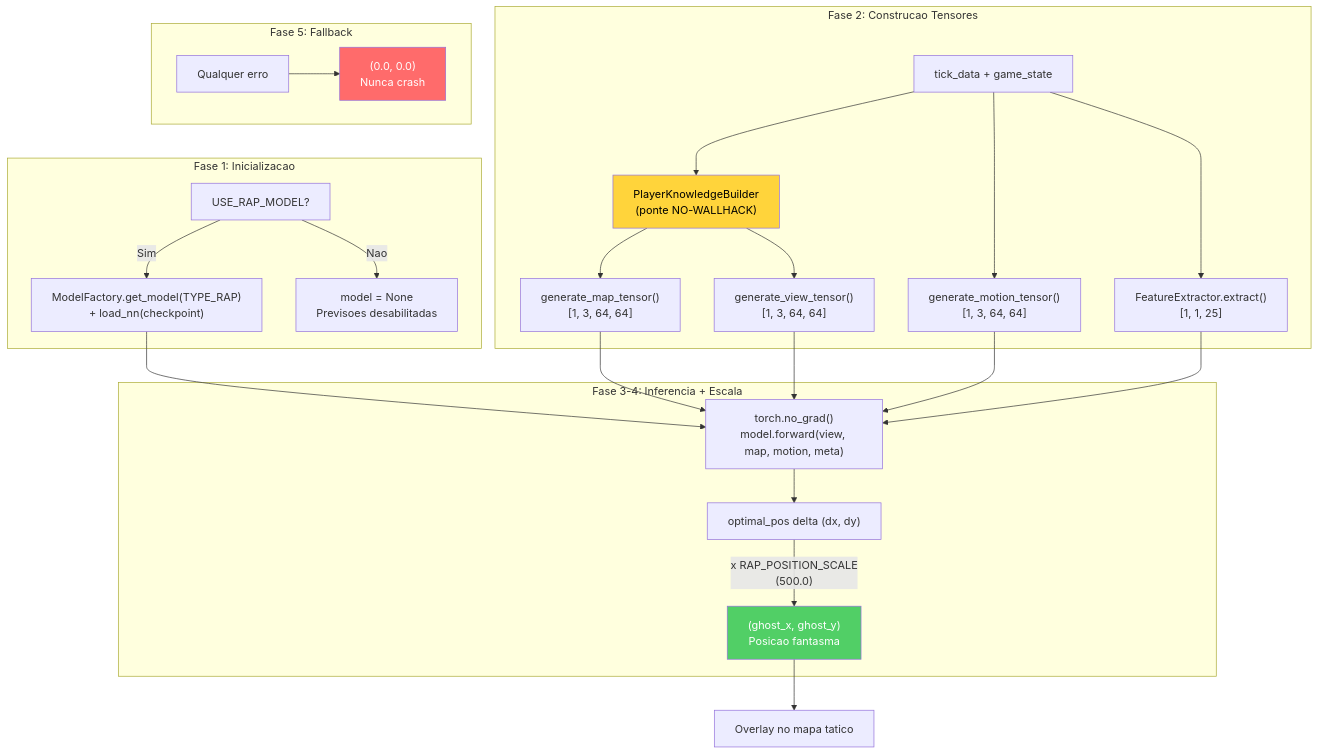
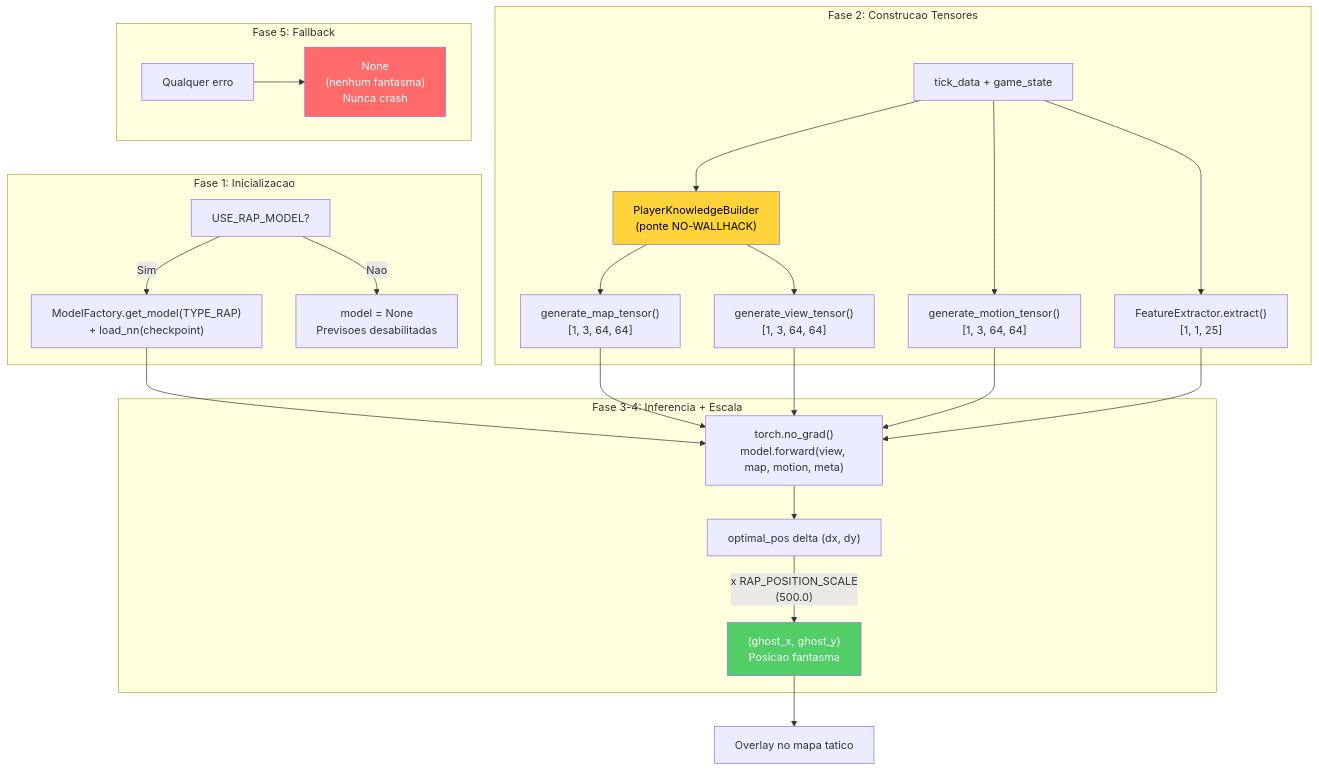
Before and after one commit to renanaugustomacena-ux/Counter-Strike-coach-AI: diagram 11 of 16 in docs/books/Book-Coach-1B-pt.md, drawn with Mermaid. The commit also changed other lines of this file and 36 other files, not shown here.

````diff
--- a/docs/books/Book-Coach-1B-pt.md
+++ b/docs/books/Book-Coach-1B-pt.md
@@ -533,32 +534,32 @@
 ```mermaid
 flowchart TB
     subgraph INIT["Fase 1: Inicializacao"]
         CFG["USE_RAP_MODEL?"] -->|Sim| LOAD["ModelFactory.get_model(TYPE_RAP)<br/>+ load_nn(checkpoint)"]
         CFG -->|Nao| SKIP["model = None<br/>Previsoes desabilitadas"]
     end
     subgraph BUILD["Fase 2: Construcao Tensores"]
         TD["tick_data + game_state"]
         TD --> PK["PlayerKnowledgeBuilder<br/>(ponte NO-WALLHACK)"]
         PK --> MAP_T["generate_map_tensor()<br/>[1, 3, 64, 64]"]
         PK --> VIEW_T["generate_view_tensor()<br/>[1, 3, 64, 64]"]
         TD --> MOT_T["generate_motion_tensor()<br/>[1, 3, 64, 64]"]
         TD --> META_T["FeatureExtractor.extract()<br/>[1, 1, 25]"]
     end
     subgraph INFER["Fase 3-4: Inferencia + Escala"]
         LOAD --> FWD["torch.no_grad()<br/>model.forward(view, map, motion, meta)"]
         MAP_T --> FWD
         VIEW_T --> FWD
         MOT_T --> FWD
         META_T --> FWD
         FWD --> DELTA["optimal_pos delta (dx, dy)"]
         DELTA -->|"x RAP_POSITION_SCALE<br/>(500.0)"| GHOST["(ghost_x, ghost_y)<br/>Posicao fantasma"]
     end
     subgraph FALLBACK["Fase 5: Fallback"]
-        ERR["Qualquer erro"] --> SAFE["(0.0, 0.0)<br/>Nunca crash"]
+        ERR["Qualquer erro"] --> SAFE["None<br/>(nenhum fantasma)<br/>Nunca crash"]
     end
     GHOST --> RENDER["Overlay no mapa tatico"]
 
     style SAFE fill:#ff6b6b,color:#fff
     style GHOST fill:#51cf66,color:#fff
     style PK fill:#ffd43b,color:#000
 ```
````
